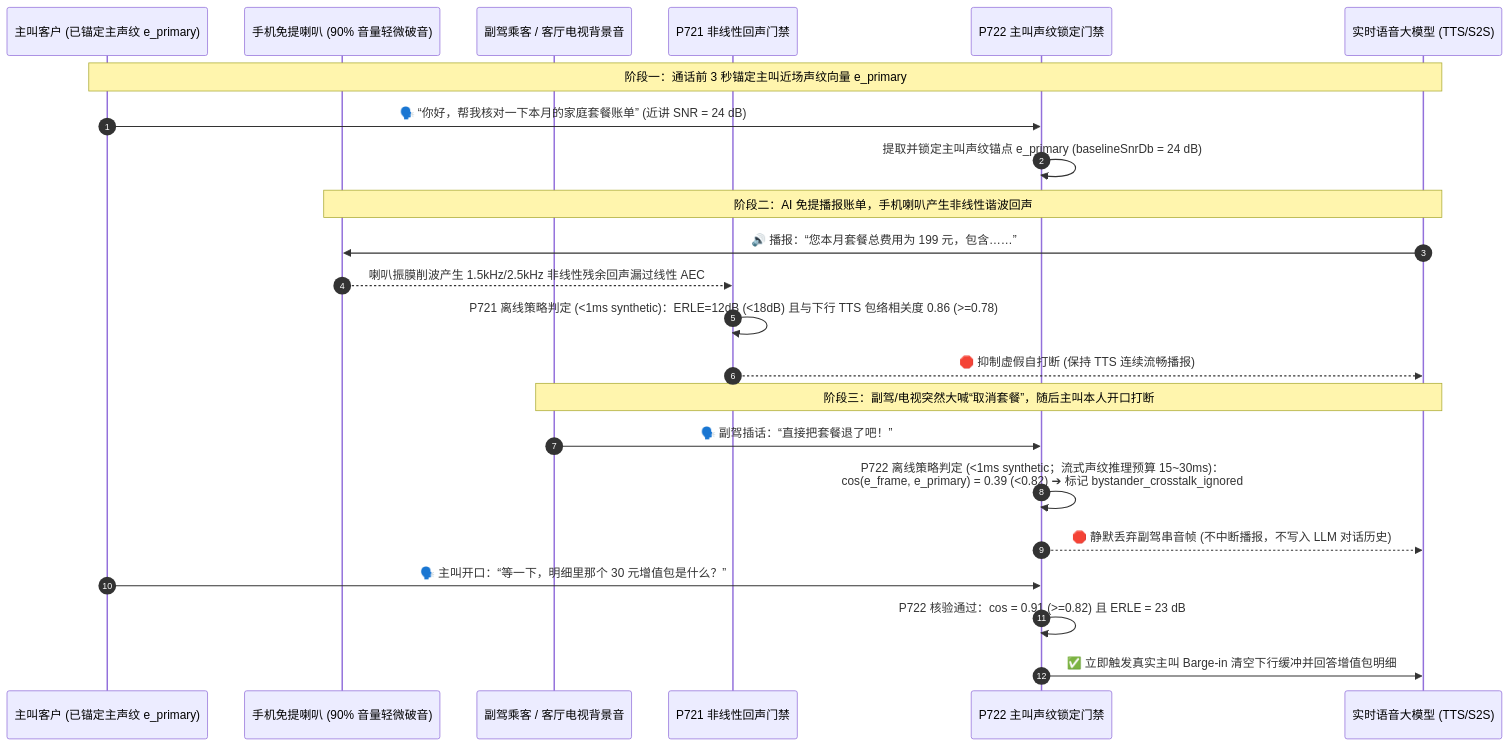
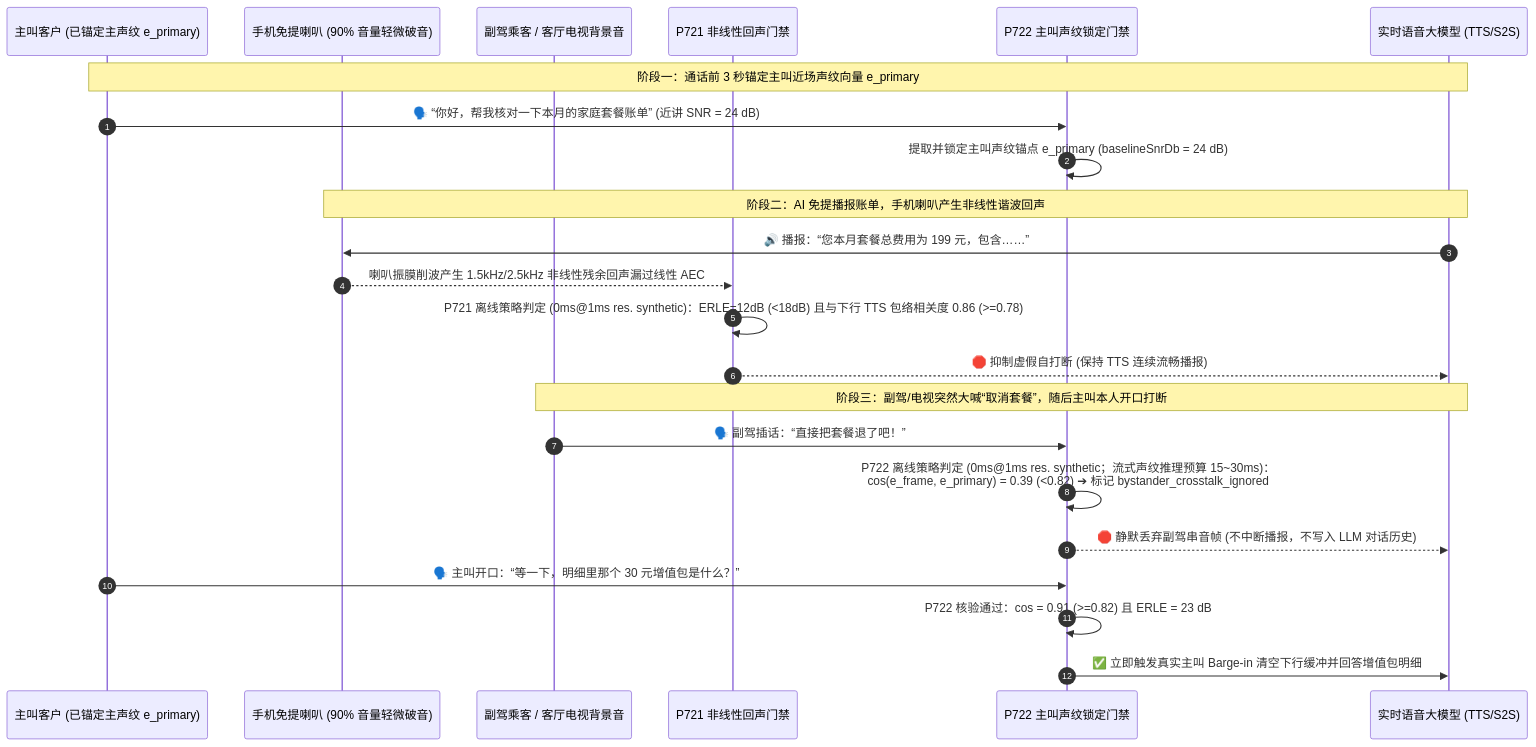
Before and after one commit to turbo998/turbo998.github.io: the third of 3 diagrams in voice/barge-in-echo-crosstalk-faq.md, drawn with Mermaid. The commit also changed other lines of this file and 43 other files, not shown here.

````diff
--- a/voice/barge-in-echo-crosstalk-faq.md
+++ b/voice/barge-in-echo-crosstalk-faq.md
@@ -95,28 +95,28 @@
 ```mermaid
 sequenceDiagram
     autonumber
     participant Caller as 主叫客户 (已锚定主声纹 e_primary)
     participant Speaker as 手机免提喇叭 (90% 音量轻微破音)
     participant Bystander as 副驾乘客 / 客厅电视背景音
     participant Gate721 as P721 非线性回声门禁
     participant Gate722 as P722 主叫声纹锁定门禁
     participant Agent as 实时语音大模型 (TTS/S2S)
 
     Note over Caller,Agent: 阶段一：通话前 3 秒锚定主叫近场声纹向量 e_primary
     Caller->>Gate722: 🗣️ “你好，帮我核对一下本月的家庭套餐账单” (近讲 SNR = 24 dB)
     Gate722->>Gate722: 提取并锁定主叫声纹锚点 e_primary (baselineSnrDb = 24 dB)
 
     Note over Speaker,Agent: 阶段二：AI 免提播报账单，手机喇叭产生非线性谐波回声
     Agent->>Speaker: 🔊 播报：“您本月套餐总费用为 199 元，包含……”
     Speaker-->>Gate721: 喇叭振膜削波产生 1.5kHz/2.5kHz 非线性残余回声漏过线性 AEC
-    Gate721->>Gate721: P721 离线策略判定 (<1ms synthetic)：ERLE=12dB (<18dB) 且与下行 TTS 包络相关度 0.86 (>=0.78)
+    Gate721->>Gate721: P721 离线策略判定 (0ms@1ms res. synthetic)：ERLE=12dB (<18dB) 且与下行 TTS 包络相关度 0.86 (>=0.78)
     Gate721-->>Agent: 🛑 抑制虚假自打断 (保持 TTS 连续流畅播报)
 
     Note over Bystander,Agent: 阶段三：副驾/电视突然大喊“取消套餐”，随后主叫本人开口打断
     Bystander->>Gate722: 🗣️ 副驾插话：“直接把套餐退了吧！”
-    Gate722->>Gate722: P722 离线策略判定 (<1ms synthetic；流式声纹推理预算 15~30ms)：<br/>cos(e_frame, e_primary) = 0.39 (<0.82) ➔ 标记 bystander_crosstalk_ignored
+    Gate722->>Gate722: P722 离线策略判定 (0ms@1ms res. synthetic；流式声纹推理预算 15~30ms)：<br/>cos(e_frame, e_primary) = 0.39 (<0.82) ➔ 标记 bystander_crosstalk_ignored
     Gate722-->>Agent: 🛑 静默丢弃副驾串音帧 (不中断播报，不写入 LLM 对话历史)
     Caller->>Gate722: 🗣️ 主叫开口：“等一下，明细里那个 30 元增值包是什么？”
     Gate722->>Gate722: P722 核验通过：cos = 0.91 (>=0.82) 且 ERLE = 23 dB
     Gate722->>Agent: ✅ 立即触发真实主叫 Barge-in 清空下行缓冲并回答增值包明细
 ```
````
